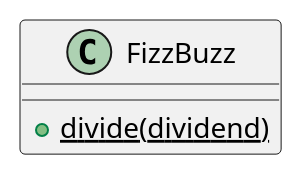
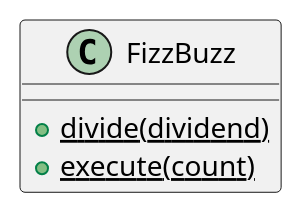
One commit to k2works/etude_for_ruby changed the diagram in docs/dev/_fizz_buzz.md. Above: the diagram before and after it, drawn with PlantUML. The commit also changed other lines of this file and 1 other file, not shown here.

````diff
--- a/docs/dev/_fizz_buzz.md
+++ b/docs/dev/_fizz_buzz.md
@@ -30,7 +30,8 @@
 ```puml
 @startuml
 class FizzBuzz {
   +{static}divide(dividend)
+  +{static}execute(count)
 }
 @enduml
 ```
````
